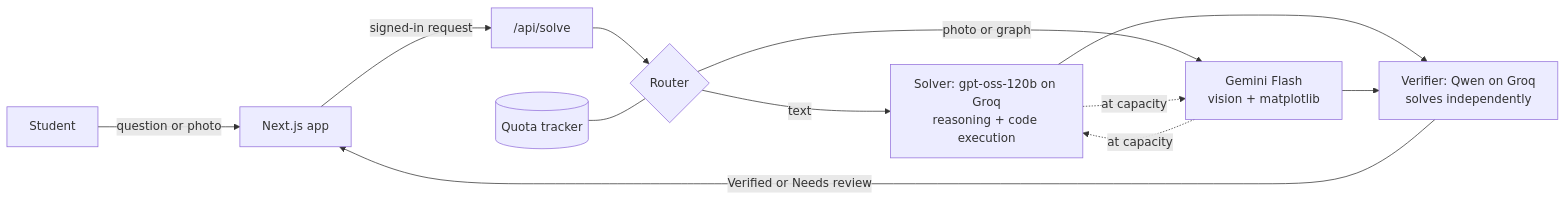
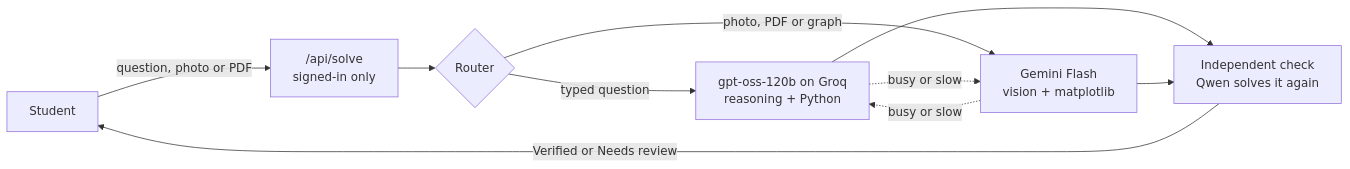
One commit to daniyalsadique9-commits/derive changed the first of 3 diagrams in README.md. Above: the diagram before and after it, drawn with Mermaid. The commit also changed other lines of this file and 6 other files, not shown here.

````diff
--- a/README.md
+++ b/README.md
@@ -34,14 +107,12 @@
 ```mermaid
 flowchart LR
-  S["Student"] -->|question or photo| APP["Next.js app"]
-  APP -->|signed-in request| API["/api/solve"]
-  API --> ROUTER{"Router"}
-  ROUTER -->|text| GROQ["Solver: gpt-oss-120b on Groq<br/>reasoning + code execution"]
-  ROUTER -->|photo or graph| GEMINI["Gemini Flash<br/>vision + matplotlib"]
-  GROQ -. at capacity .-> GEMINI
-  GEMINI -. at capacity .-> GROQ
-  GROQ --> CHECK["Verifier: Qwen on Groq<br/>solves independently"]
-  GEMINI --> CHECK
-  CHECK -->|Verified or Needs review| APP
-  QUOTA[("Quota tracker")] --- ROUTER
+  S["Student"] -->|question, photo or PDF| API["/api/solve<br/>signed-in only"]
+  API --> R{"Router"}
+  R -->|typed question| G["gpt-oss-120b on Groq<br/>reasoning + Python"]
+  R -->|photo, PDF or graph| M["Gemini Flash<br/>vision + matplotlib"]
+  G -. busy or slow .-> M
+  M -. busy or slow .-> G
+  G --> C["Independent check<br/>Qwen solves it again"]
+  M --> C
+  C -->|Verified or Needs review| S
 ```
````
